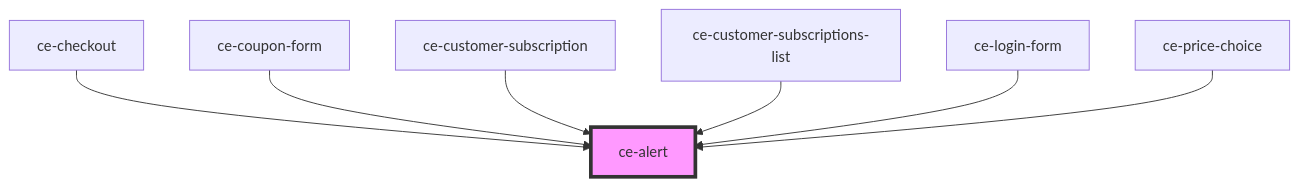
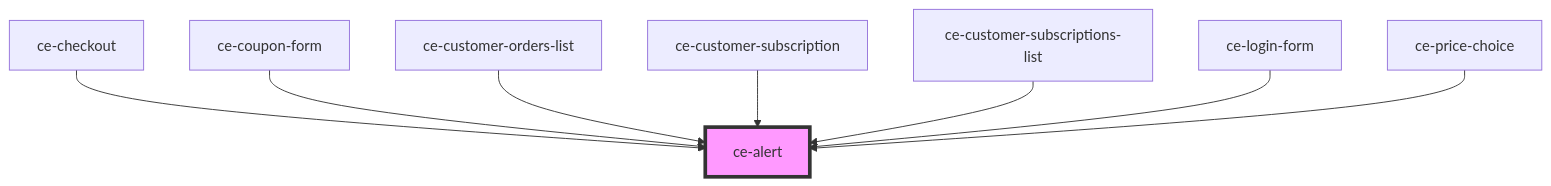
One commit to surecart/surecart-wp-plugin changed the diagram in packages/components/src/components/ui/alert/readme.md. Above: the diagram before and after it, drawn with Mermaid. The commit also changed other lines of this file and 241 other files, not shown here.

````diff
--- a/packages/components/src/components/ui/alert/readme.md
+++ b/packages/components/src/components/ui/alert/readme.md
@@ -72,10 +73,11 @@
 ```mermaid
 graph TD;
   ce-checkout --> ce-alert
   ce-coupon-form --> ce-alert
+  ce-customer-orders-list --> ce-alert
   ce-customer-subscription --> ce-alert
   ce-customer-subscriptions-list --> ce-alert
   ce-login-form --> ce-alert
   ce-price-choice --> ce-alert
   style ce-alert fill:#f9f,stroke:#333,stroke-width:4px
 ```
````
